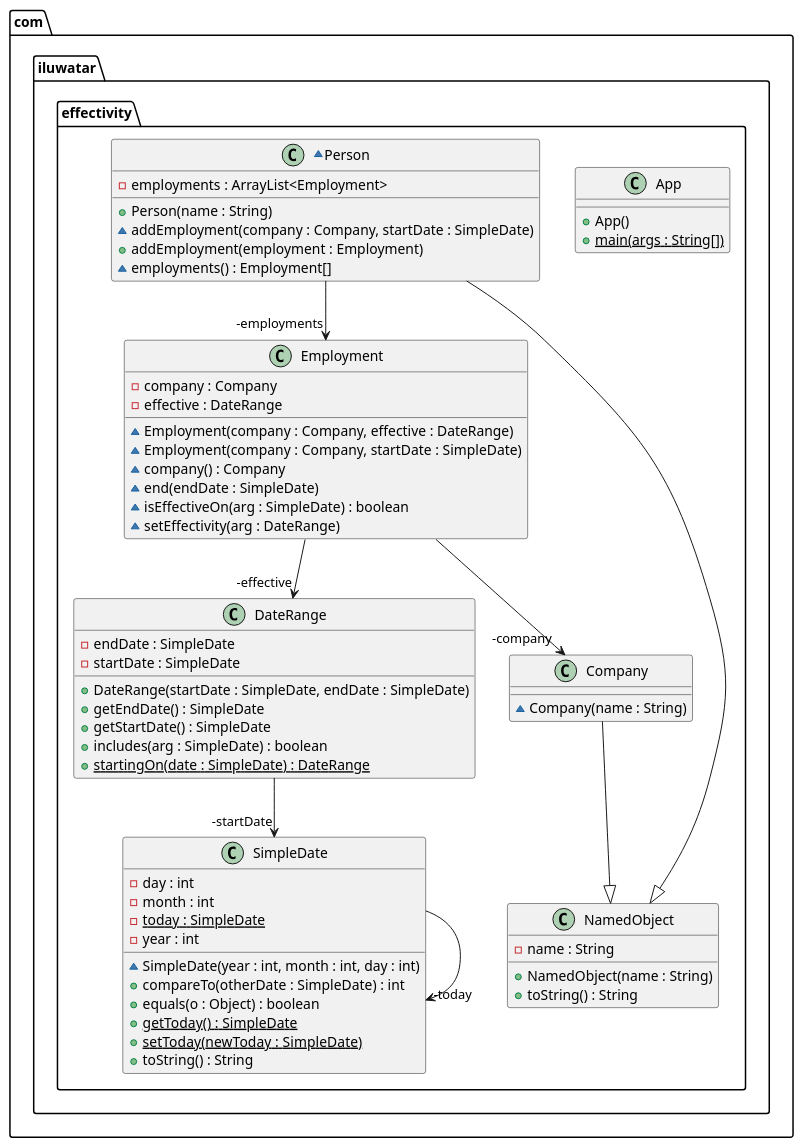
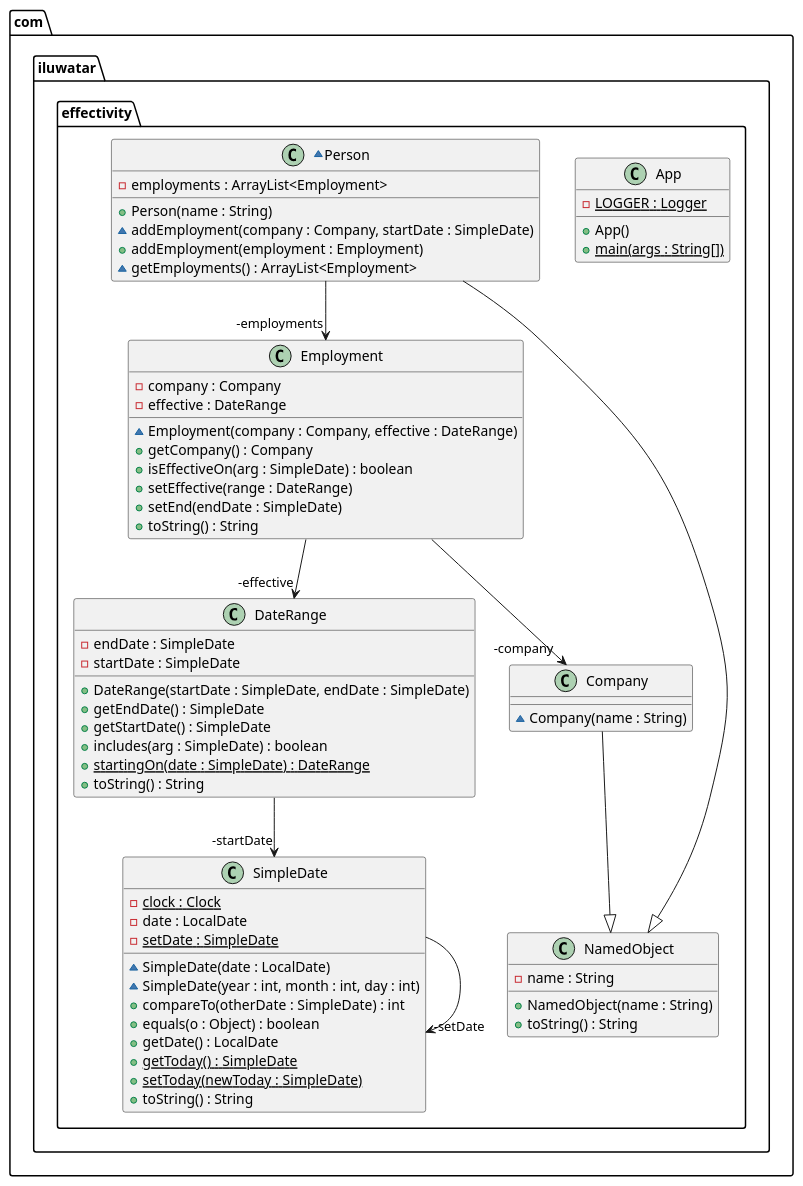
Before and after one commit to iluwatar/java-design-patterns: the diagram in effectivity/etc/effectivity.urm.puml, drawn with PlantUML. The commit also changed 11 other files, not shown here.

```diff
--- a/effectivity/etc/effectivity.urm.puml
+++ b/effectivity/etc/effectivity.urm.puml
@@ -1,61 +1,64 @@
 @startuml
 package com.iluwatar.effectivity {
   class App {
+    - LOGGER : Logger {static}
     + App()
     + main(args : String[]) {static}
   }
   class Company {
     ~ Company(name : String)
   }
   class DateRange {
     - endDate : SimpleDate
     - startDate : SimpleDate
     + DateRange(startDate : SimpleDate, endDate : SimpleDate)
     + getEndDate() : SimpleDate
     + getStartDate() : SimpleDate
     + includes(arg : SimpleDate) : boolean
     + startingOn(date : SimpleDate) : DateRange {static}
+    + toString() : String
   }
   class Employment {
     - company : Company
     - effective : DateRange
     ~ Employment(company : Company, effective : DateRange)
-    ~ Employment(company : Company, startDate : SimpleDate)
-    ~ company() : Company
-    ~ end(endDate : SimpleDate)
-    ~ isEffectiveOn(arg : SimpleDate) : boolean
-    ~ setEffectivity(arg : DateRange)
+    + getCompany() : Company
+    + isEffectiveOn(arg : SimpleDate) : boolean
+    + setEffective(range : DateRange)
+    + setEnd(endDate : SimpleDate)
+    + toString() : String
   }
   class NamedObject {
     - name : String
     + NamedObject(name : String)
     + toString() : String
   }
   ~class Person {
     - employments : ArrayList<Employment>
     + Person(name : String)
     ~ addEmployment(company : Company, startDate : SimpleDate)
     + addEmployment(employment : Employment)
-    ~ employments() : Employment[]
+    ~ getEmployments() : ArrayList<Employment>
   }
   class SimpleDate {
-    - day : int
-    - month : int
-    - today : SimpleDate {static}
-    - year : int
+    - clock : Clock {static}
+    - date : LocalDate
+    - setDate : SimpleDate {static}
+    ~ SimpleDate(date : LocalDate)
     ~ SimpleDate(year : int, month : int, day : int)
     + compareTo(otherDate : SimpleDate) : int
     + equals(o : Object) : boolean
+    + getDate() : LocalDate
     + getToday() : SimpleDate {static}
     + setToday(newToday : SimpleDate) {static}
     + toString() : String
   }
 }
-SimpleDate -->  "-today" SimpleDate
+SimpleDate -->  "-setDate" SimpleDate
 DateRange -->  "-startDate" SimpleDate
+Employment -->  "-effective" DateRange
 Employment -->  "-company" Company
-Employment -->  "-effective" DateRange
 Person -->  "-employments" Employment
 Company --|> NamedObject 
 Person --|> NamedObject 
 @enduml
```
